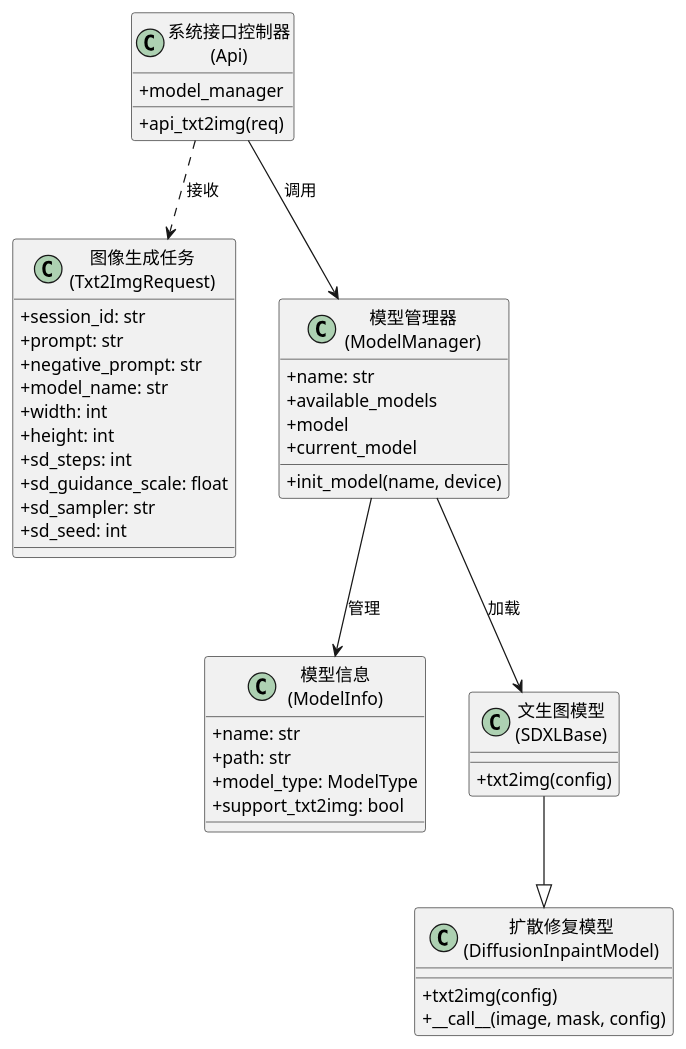
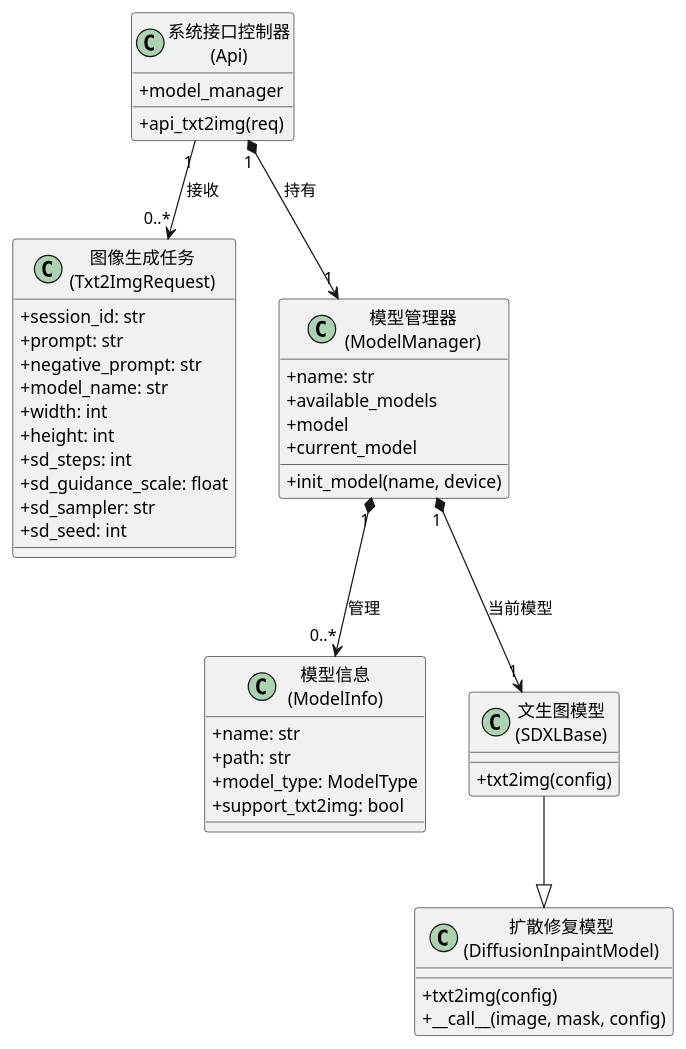
Before and after one commit to LyferLu/Artie: the fourth of 26 diagrams in doc/paper.md, drawn with PlantUML. The commit also changed other lines of this file, not shown here.

````diff
--- a/doc/paper.md
+++ b/doc/paper.md
@@ -761,53 +761,53 @@
 ```plantuml
 @startuml
 skinparam classAttributeIconSize 0
 
 class "系统接口控制器\n(Api)" as Api {
   +model_manager
   +api_txt2img(req)
 }
 
 class "图像生成任务\n(Txt2ImgRequest)" as Txt2ImgRequest {
   +session_id: str
   +prompt: str
   +negative_prompt: str
   +model_name: str
   +width: int
   +height: int
   +sd_steps: int
   +sd_guidance_scale: float
   +sd_sampler: str
   +sd_seed: int
 }
 
 class "模型管理器\n(ModelManager)" as ModelManager {
   +name: str
   +available_models
   +model
   +current_model
   +init_model(name, device)
 }
 
 class "模型信息\n(ModelInfo)" as ModelInfo {
   +name: str
   +path: str
   +model_type: ModelType
   +support_txt2img: bool
 }
 
 class "扩散修复模型\n(DiffusionInpaintModel)" as DiffusionInpaintModel {
   +txt2img(config)
   +__call__(image, mask, config)
 }
 
 class "文生图模型\n(SDXLBase)" as SDXLBase {
   +txt2img(config)
 }
 
-Api ..> Txt2ImgRequest : 接收
-Api --> ModelManager : 调用
-ModelManager --> ModelInfo : 管理
-ModelManager --> SDXLBase : 加载
+Api "1" --> "0..*" Txt2ImgRequest : 接收
+Api "1" *--> "1" ModelManager : 持有
+ModelManager "1" *--> "0..*" ModelInfo : 管理
+ModelManager "1" *--> "1" SDXLBase : 当前模型
 SDXLBase --|> DiffusionInpaintModel
 @enduml
 ```
````
